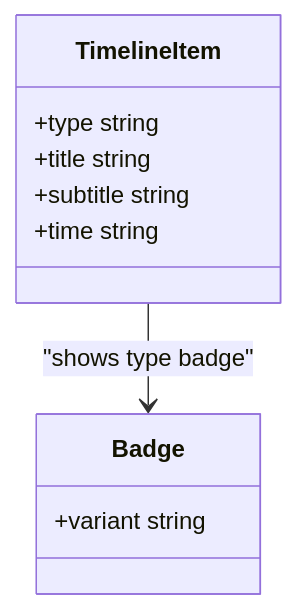
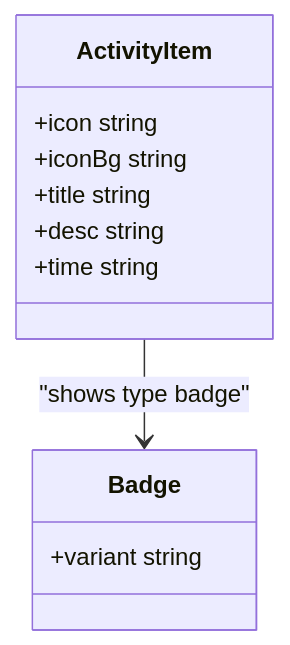
The sixth of 11 diagrams in .qoder/repowiki/en/content/Admin Dashboard/Dashboard Overview.md (ObeyMuchechesi/TicketFlow), drawn with Mermaid before and after one commit. The commit also changed other lines of this file and 12 other files, not shown here.

First line of the commit message:
docs: EcoCash schema columns and project documentation refresh

````diff
--- a/.qoder/repowiki/en/content/Admin Dashboard/Dashboard Overview.md
+++ b/.qoder/repowiki/en/content/Admin Dashboard/Dashboard Overview.md
@@ -198,13 +236,14 @@
 ```mermaid
 classDiagram
-class TimelineItem {
-+type string
+class ActivityItem {
++icon string
++iconBg string
 +title string
-+subtitle string
++desc string
 +time string
 }
 class Badge {
 +variant string
 }
-TimelineItem --> Badge : "shows type badge"
+ActivityItem --> Badge : "shows type badge"
 ```
````
